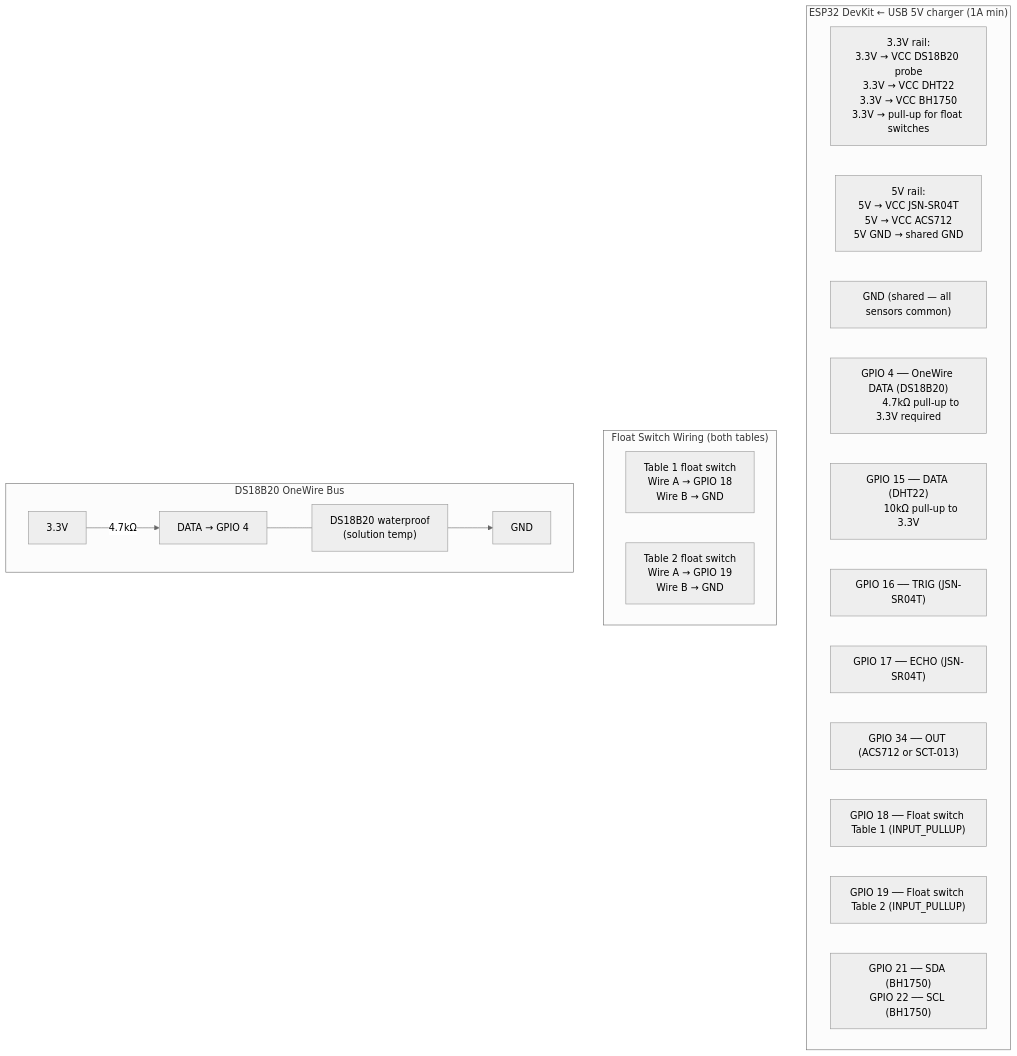
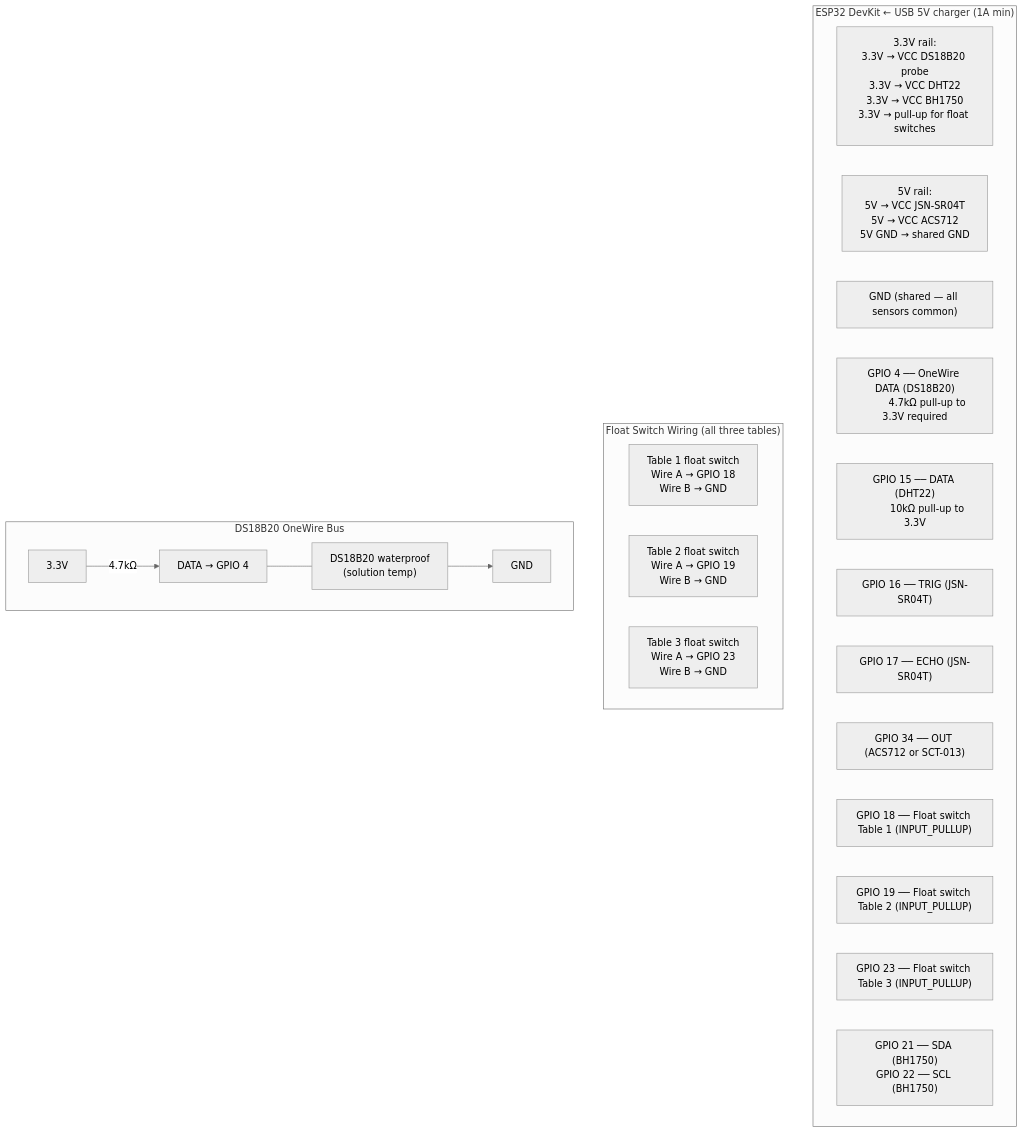
One commit to UncleJS/guide_hydroponics changed the ninth of 13 diagrams in guide/ebb-and-flow/13-automation.md. Above: the diagram before and after it, drawn with Mermaid (neutral theme). The commit also changed other lines of this file and 22 other files, not shown here.

````diff
--- a/guide/ebb-and-flow/13-automation.md
+++ b/guide/ebb-and-flow/13-automation.md
@@ -996,27 +1013,29 @@
 ```mermaid
 flowchart TD
     subgraph esp["ESP32 DevKit ← USB 5V charger (1A min)"]
         VCC33["3.3V rail:<br/>3.3V → VCC DS18B20 probe<br/>3.3V → VCC DHT22<br/>3.3V → VCC BH1750<br/>3.3V → pull-up for float switches"]
         VCC5["5V rail:<br/>5V → VCC JSN-SR04T<br/>5V → VCC ACS712<br/>5V GND → shared GND"]
         GND["GND (shared — all sensors common)"]
         G4["GPIO 4 ── OneWire DATA (DS18B20)<br/>         4.7kΩ pull-up to 3.3V required"]
         G15["GPIO 15 ── DATA (DHT22)<br/>         10kΩ pull-up to 3.3V"]
         G16["GPIO 16 ── TRIG (JSN-SR04T)"]
         G17["GPIO 17 ── ECHO (JSN-SR04T)"]
         G34["GPIO 34 ── OUT (ACS712 or SCT-013)"]
         G18["GPIO 18 ── Float switch Table 1 (INPUT_PULLUP)"]
         G19["GPIO 19 ── Float switch Table 2 (INPUT_PULLUP)"]
+        G23["GPIO 23 ── Float switch Table 3 (INPUT_PULLUP)"]
         G2122["GPIO 21 ── SDA (BH1750)<br/>GPIO 22 ── SCL (BH1750)"]
     end
 
-    subgraph float_sw["Float Switch Wiring (both tables)"]
+    subgraph float_sw["Float Switch Wiring (all three tables)"]
         FS1["Table 1 float switch<br/>Wire A → GPIO 18<br/>Wire B → GND"]
         FS2["Table 2 float switch<br/>Wire A → GPIO 19<br/>Wire B → GND"]
+        FS3["Table 3 float switch<br/>Wire A → GPIO 23<br/>Wire B → GND"]
     end
 
     subgraph onewire["DS18B20 OneWire Bus"]
         OW33["3.3V"] -->|"4.7kΩ"| OWDATA["DATA → GPIO 4"]
         OWDATA --- P1["DS18B20 waterproof<br/>(solution temp)"]
         P1 --> OWGND["GND"]
     end
 ```
````
